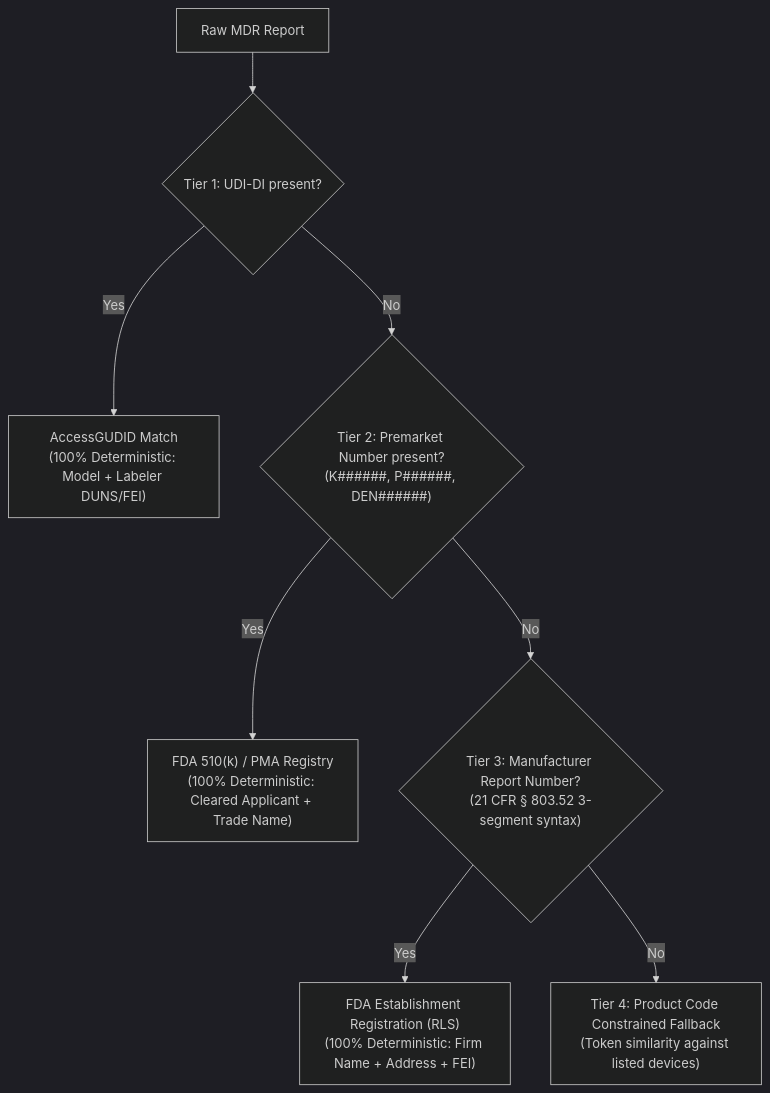
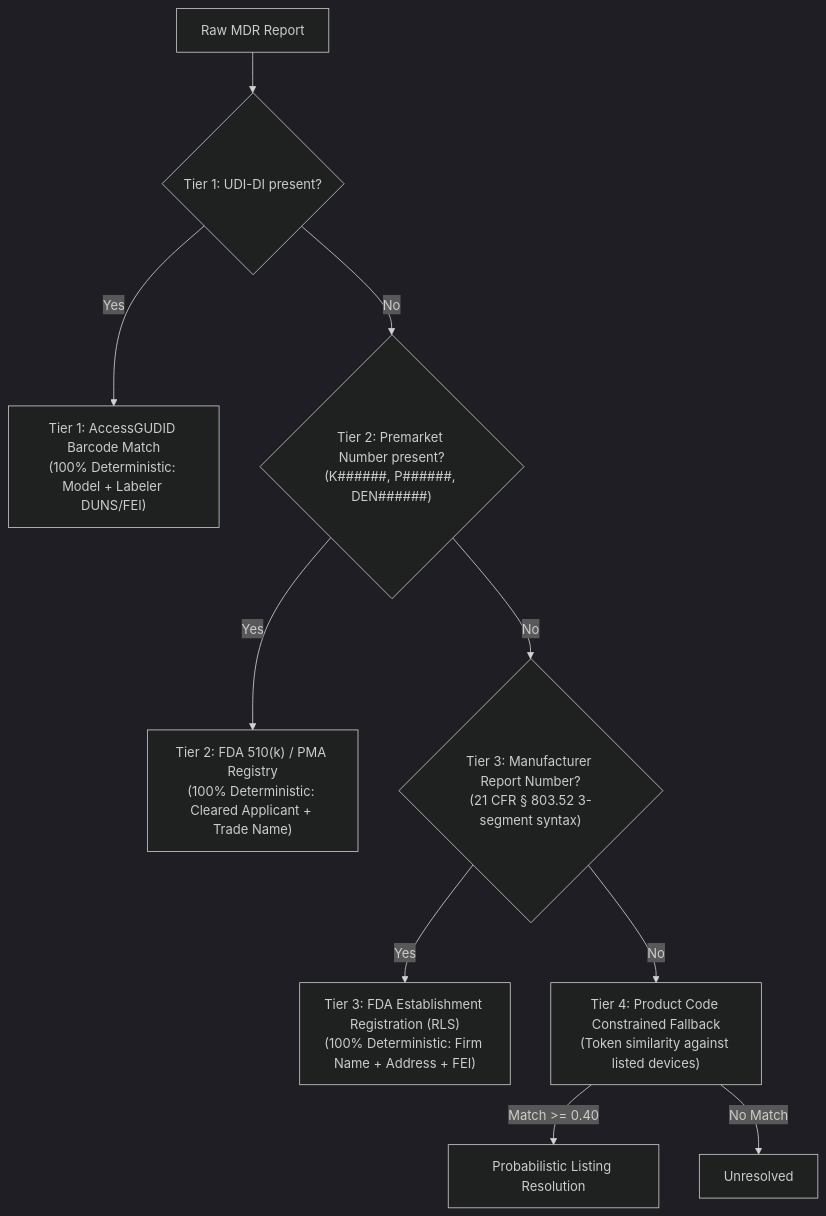
Before and after one commit to Shakesbeery/spotlight: the diagram in README.md, drawn with Mermaid (dark theme). The commit also changed other lines of this file and 2 other files, not shown here.

Commit message:
docs: expand README with DeviceRegistryLinker architecture, regulatory keys, and CLI usage

````diff
--- a/README.md
+++ b/README.md
@@ -272,12 +287,14 @@
 ```mermaid
 flowchart TD
     Start["Raw MDR Report"] --> Step1{"Tier 1: UDI-DI present?"}
-    Step1 -- Yes --> GUDID["AccessGUDID Match<br/>(100% Deterministic: Model + Labeler DUNS/FEI)"]
+    Step1 -- Yes --> GUDID["Tier 1: AccessGUDID Barcode Match<br/>(100% Deterministic: Model + Labeler DUNS/FEI)"]
     Step1 -- No --> Step2{"Tier 2: Premarket Number present?<br/>(K######, P######, DEN######)"}
     
-    Step2 -- Yes --> Premarket["FDA 510(k) / PMA Registry<br/>(100% Deterministic: Cleared Applicant + Trade Name)"]
+    Step2 -- Yes --> Premarket["Tier 2: FDA 510(k) / PMA Registry<br/>(100% Deterministic: Cleared Applicant + Trade Name)"]
     Step2 -- No --> Step3{"Tier 3: Manufacturer Report Number?<br/>(21 CFR § 803.52 3-segment syntax)"}
     
-    Step3 -- Yes --> RegEst["FDA Establishment Registration (RLS)<br/>(100% Deterministic: Firm Name + Address + FEI)"]
+    Step3 -- Yes --> RegEst["Tier 3: FDA Establishment Registration (RLS)<br/>(100% Deterministic: Firm Name + Address + FEI)"]
     Step3 -- No --> Step4["Tier 4: Product Code Constrained Fallback<br/>(Token similarity against listed devices)"]
+    Step4 -- Match >= 0.40 --> ListedDev["Probabilistic Listing Resolution"]
+    Step4 -- No Match --> Unres["Unresolved"]
 ```
````
